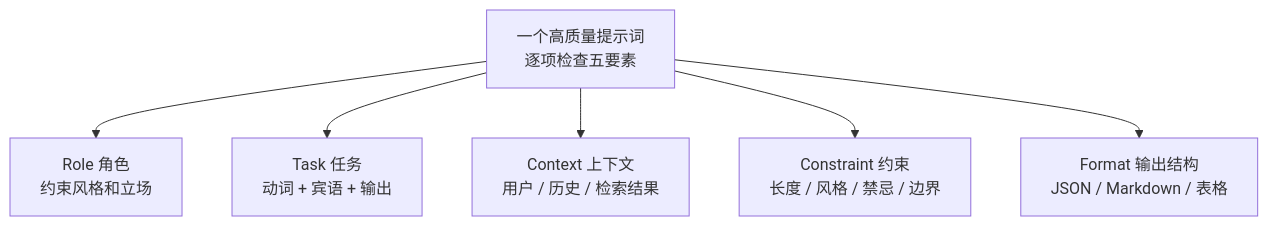
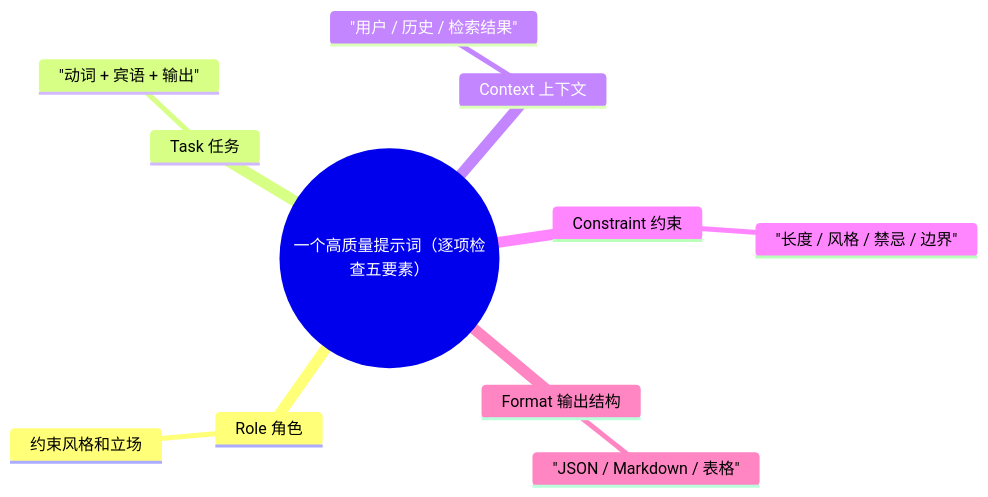
One commit to UranusGit/java-agent-learn changed the first of 2 diagrams in docs/附录/Agent与提示词工程专题/01-提示词工程入门-现代范式.md. Above: the diagram before and after it, drawn with Mermaid. The commit also changed 11 other files, not shown here.

First line of the commit message:
docs全库mermaid图选型复核：纯分类图由flowchart改为mindmap

````diff
--- a/docs/附录/Agent与提示词工程专题/01-提示词工程入门-现代范式.md
+++ b/docs/附录/Agent与提示词工程专题/01-提示词工程入门-现代范式.md
@@ -59,8 +59,14 @@
 ```mermaid
-flowchart TD
-    P["一个高质量提示词<br/>逐项检查五要素"] --> R["Role 角色<br/>约束风格和立场"]
-    P --> T["Task 任务<br/>动词 + 宾语 + 输出"]
-    P --> C["Context 上下文<br/>用户 / 历史 / 检索结果"]
-    P --> CN["Constraint 约束<br/>长度 / 风格 / 禁忌 / 边界"]
-    P --> F["Format 输出结构<br/>JSON / Markdown / 表格"]
+mindmap
+  root((一个高质量提示词（逐项检查五要素）))
+    Role 角色
+      约束风格和立场
+    Task 任务
+      "动词 + 宾语 + 输出"
+    Context 上下文
+      "用户 / 历史 / 检索结果"
+    Constraint 约束
+      "长度 / 风格 / 禁忌 / 边界"
+    Format 输出结构
+      "JSON / Markdown / 表格"
 ```
````
